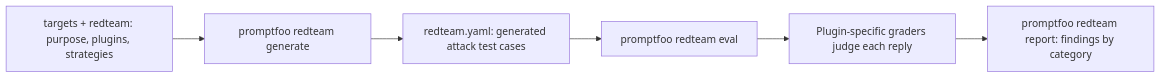
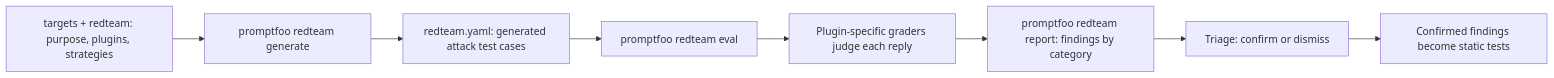
One commit to TheLearningHubOrg/learn-promptfoo changed diagram 13 of 37 in README.md. Above: the diagram before and after it, drawn with Mermaid. The commit also changed other lines of this file and 18 other files, not shown here.

````diff
--- a/README.md
+++ b/README.md
@@ -1423,8 +1461,10 @@
 ```mermaid
 flowchart LR
     CFG["targets + redteam: purpose, plugins, strategies"] --> GEN["promptfoo redteam generate"]
     GEN --> YAML["redteam.yaml: generated attack test cases"]
     YAML --> EVAL["promptfoo redteam eval"]
     EVAL --> GRADE["Plugin-specific graders judge each reply"]
     GRADE --> REP["promptfoo redteam report: findings by category"]
+    REP --> TRI["Triage: confirm or dismiss"]
+    TRI --> REG["Confirmed findings become static tests"]
 ```
````
